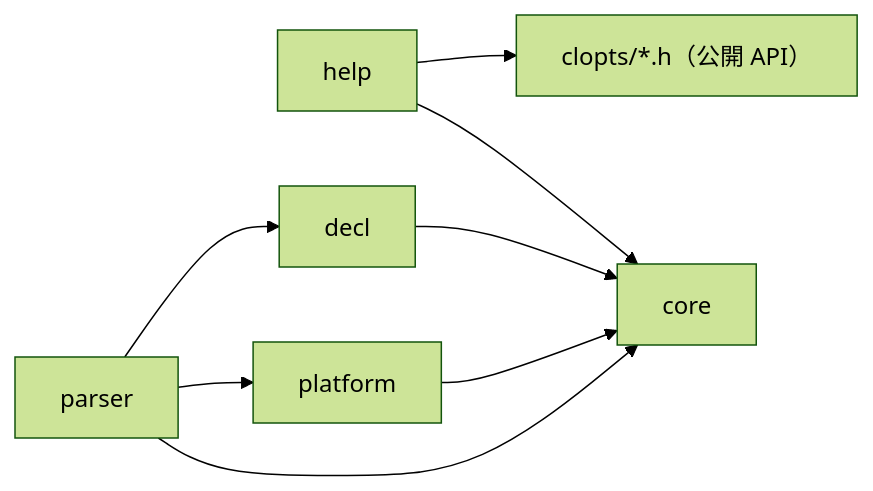
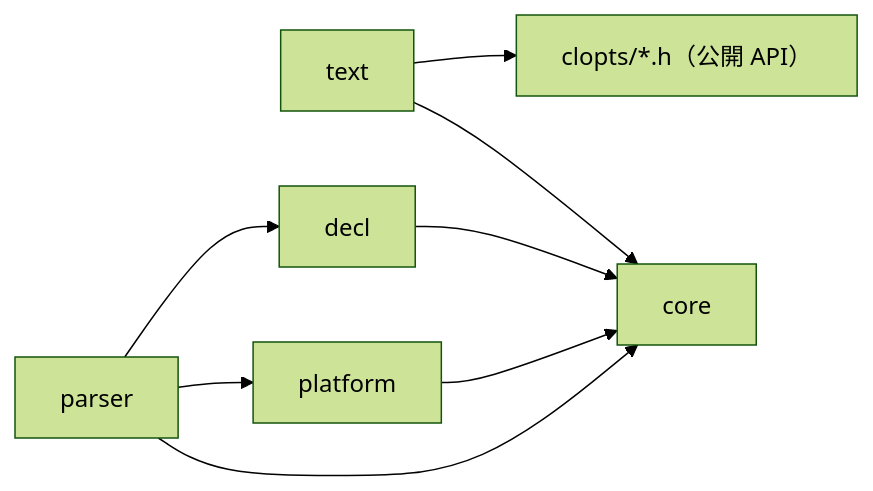
Before and after one commit to ktdevx/clopts-private: the first of 2 diagrams in docs/dev/architecture.md, drawn with Mermaid (forest theme). The commit also changed other lines of this file and 30 other files, not shown here.

First line of the commit message:
Rename the help module to text

````diff
--- a/docs/dev/architecture.md
+++ b/docs/dev/architecture.md
@@ -19,10 +19,10 @@
 ```mermaid
 flowchart LR
-    help --> parser_api["clopts/*.h（公開 API）"]
+    text --> parser_api["clopts/*.h（公開 API）"]
     parser --> decl
     parser --> platform
     decl --> core
     parser --> core
-    help --> core
+    text --> core
     platform --> core
 ```
````
